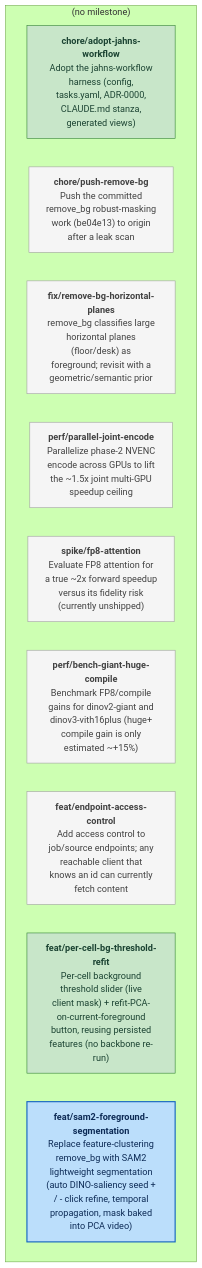
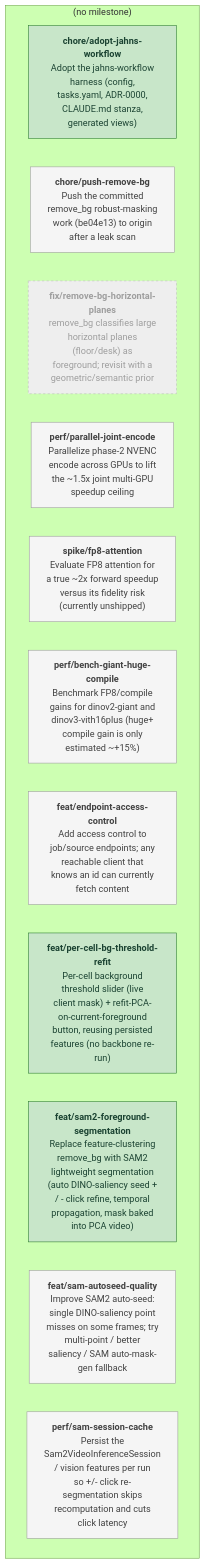
The diagram in ROADMAP.md (Dev-Jahn/repvis), drawn with Mermaid (forest theme) before and after one commit. The commit also changed other lines of this file and 4 other files, not shown here.

Commit message:
docs(round): close 2026-07-07-sam2-foreground

````diff
--- a/ROADMAP.md
+++ b/ROADMAP.md
@@ -7,22 +7,24 @@
 ```mermaid
 flowchart TD
     subgraph backlog["(no milestone)"]
         chore_adopt_jahns_workflow["<b>chore/adopt-jahns-workflow</b><br/>Adopt the jahns-workflow<br/>harness (config,<br/>tasks.yaml, ADR-0000,<br/>CLAUDE.md stanza,<br/>generated views)"]
         chore_push_remove_bg["<b>chore/push-remove-bg</b><br/>Push the committed<br/>remove_bg robust-masking<br/>work (be04e13) to origin<br/>after a leak scan"]
         fix_remove_bg_horizontal_planes["<b>fix/remove-bg-horizontal-planes</b><br/>remove_bg classifies large<br/>horizontal planes<br/>(floor/desk) as<br/>foreground; revisit with a<br/>geometric/semantic prior"]
         perf_parallel_joint_encode["<b>perf/parallel-joint-encode</b><br/>Parallelize phase-2 NVENC<br/>encode across GPUs to lift<br/>the ~1.5x joint multi-GPU<br/>speedup ceiling"]
         spike_fp8_attention["<b>spike/fp8-attention</b><br/>Evaluate FP8 attention for<br/>a true ~2x forward speedup<br/>versus its fidelity risk<br/>(currently unshipped)"]
         perf_bench_giant_huge_compile["<b>perf/bench-giant-huge-compile</b><br/>Benchmark FP8/compile<br/>gains for dinov2-giant and<br/>dinov3-vith16plus (huge+<br/>compile gain is only<br/>estimated ~+15%)"]
         feat_endpoint_access_control["<b>feat/endpoint-access-control</b><br/>Add access control to<br/>job/source endpoints; any<br/>reachable client that<br/>knows an id can currently<br/>fetch content"]
         feat_per_cell_bg_threshold_refit["<b>feat/per-cell-bg-threshold-refit</b><br/>Per-cell background<br/>threshold slider (live<br/>client mask) + refit-PCA-<br/>on-current-foreground<br/>button, reusing persisted<br/>features (no backbone re-<br/>run)"]
         feat_sam2_foreground_segmentation["<b>feat/sam2-foreground-segmentation</b><br/>Replace feature-clustering<br/>remove_bg with SAM2<br/>lightweight segmentation<br/>(auto DINO-saliency seed +<br/>/ - click refine, temporal<br/>propagation, mask baked<br/>into PCA video)"]
+        feat_sam_autoseed_quality["<b>feat/sam-autoseed-quality</b><br/>Improve SAM2 auto-seed:<br/>single DINO-saliency point<br/>misses on some frames; try<br/>multi-point / better<br/>saliency / SAM auto-mask-<br/>gen fallback"]
+        perf_sam_session_cache["<b>perf/sam-session-cache</b><br/>Persist the<br/>Sam2VideoInferenceSession<br/>/ vision features per run<br/>so +/- click re-<br/>segmentation skips<br/>recomputation and cuts<br/>click latency"]
     end
     classDef pending fill:#f5f5f5,stroke:#9e9e9e,color:#424242
     classDef active fill:#bbdefb,stroke:#1565c0,color:#0d2b56,stroke-width:2px
     classDef blocked fill:#ffcdd2,stroke:#c62828,color:#7f1d1d
     classDef done fill:#c8e6c9,stroke:#2e7d32,color:#1b4332
     classDef dropped fill:#eeeeee,stroke:#bdbdbd,color:#9e9e9e,stroke-dasharray: 4 4
-    class chore_adopt_jahns_workflow,feat_per_cell_bg_threshold_refit done
-    class chore_push_remove_bg,fix_remove_bg_horizontal_planes,perf_parallel_joint_encode,spike_fp8_attention,perf_bench_giant_huge_compile,feat_endpoint_access_control pending
-    class feat_sam2_foreground_segmentation active
+    class chore_adopt_jahns_workflow,feat_per_cell_bg_threshold_refit,feat_sam2_foreground_segmentation done
+    class chore_push_remove_bg,perf_parallel_joint_encode,spike_fp8_attention,perf_bench_giant_huge_compile,feat_endpoint_access_control,feat_sam_autoseed_quality,perf_sam_session_cache pending
+    class fix_remove_bg_horizontal_planes dropped
 ```
````
